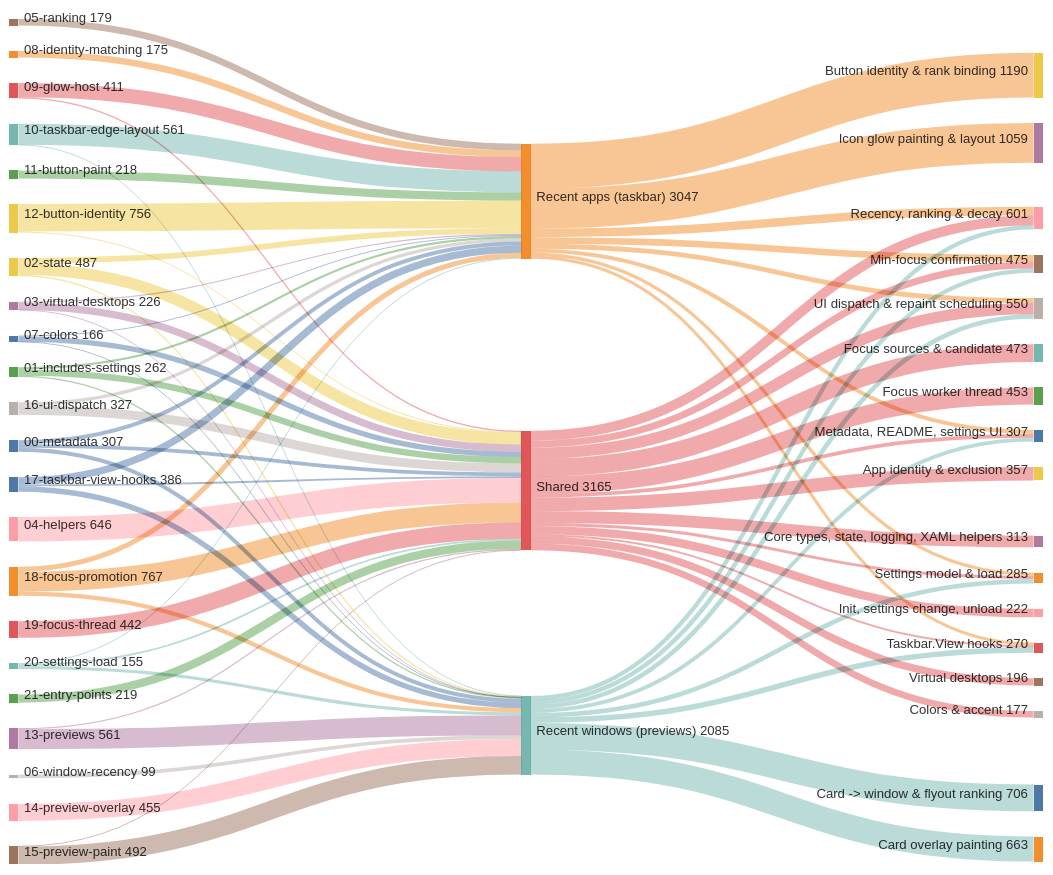
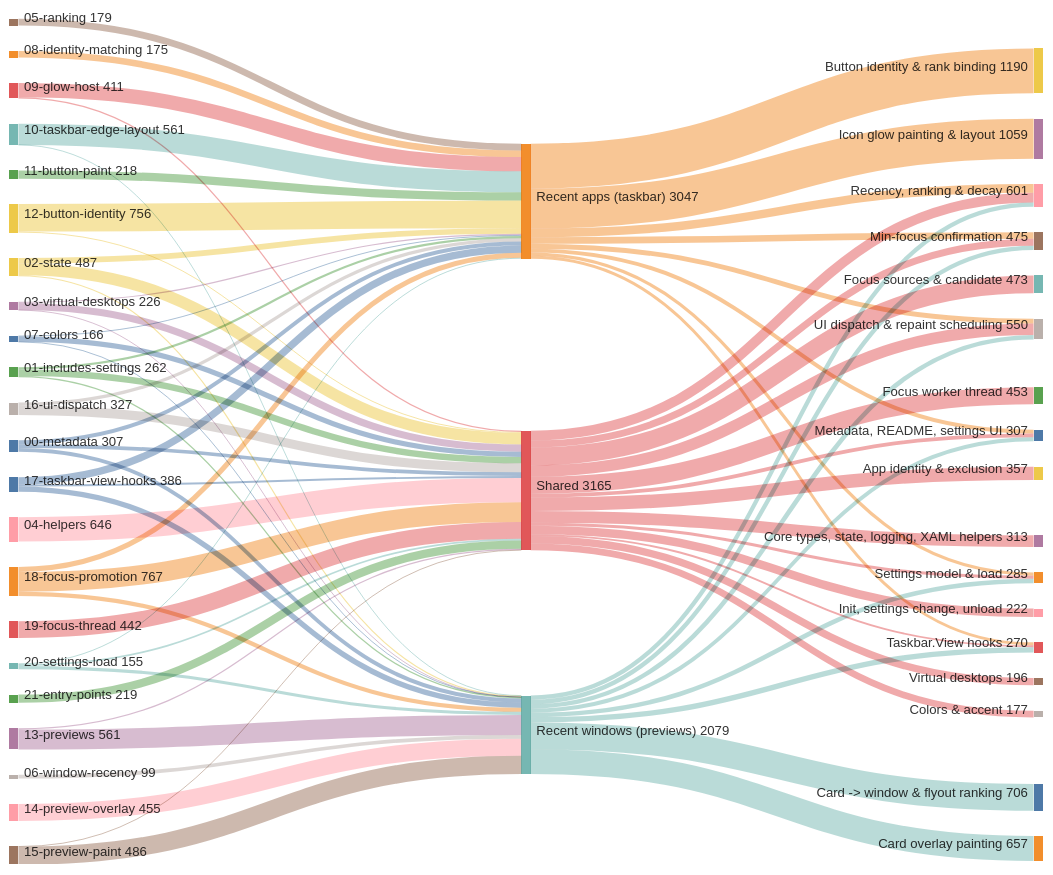
The second of 5 diagrams in doc/code/code-breakdown.md (jvlasek/taskbar-recent-focus-highlight), drawn with Mermaid before and after one commit. The commit also changed other lines of this file and 5 other files, not shown here.

```diff
--- a/doc/code/code-breakdown.md
+++ b/doc/code/code-breakdown.md
@@ -67,7 +67,7 @@
 13-previews,"Recent windows (previews)",528
 14-preview-overlay,"Recent windows (previews)",455
 15-preview-paint,"Shared",4
-15-preview-paint,"Recent windows (previews)",488
+15-preview-paint,"Recent windows (previews)",482
 16-ui-dispatch,"Recent apps (taskbar)",87
 16-ui-dispatch,"Shared",240
 17-taskbar-view-hooks,"Recent apps (taskbar)",193
@@ -103,7 +103,7 @@
 "Shared","Settings model & load",79
 "Shared","Taskbar.View hooks",50
 "Recent windows (previews)","Card -> window & flyout ranking",706
-"Recent windows (previews)","Card overlay painting",663
+"Recent windows (previews)","Card overlay painting",657
 "Recent windows (previews)","Taskbar.View hooks",143
 "Recent windows (previews)","Settings model & load",121
 "Recent windows (previews)","UI dispatch & repaint scheduling",121
```
